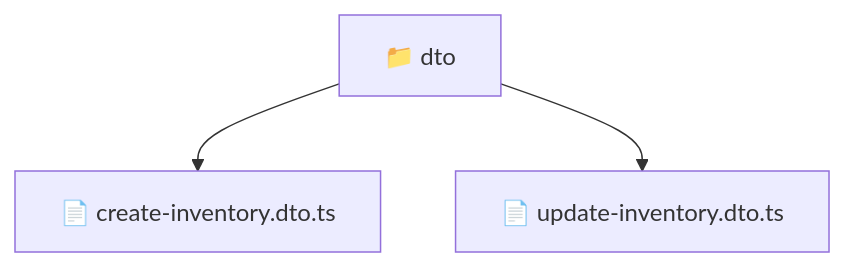
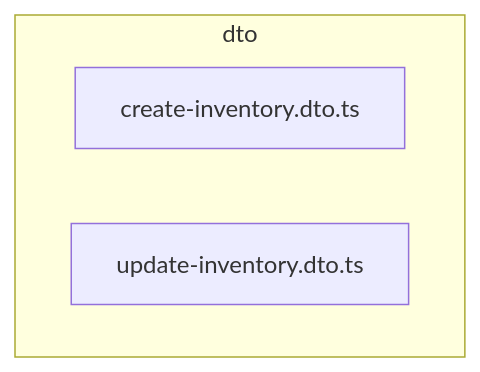
One commit to beginwebdev2002/fullstack-mavluda changed the diagram in backend/src/modules/inventory/presentation/dto/README.md. Above: the diagram before and after it, drawn with Mermaid. The commit also changed other lines of this file and 163 other files, not shown here.

````diff
--- a/backend/src/modules/inventory/presentation/dto/README.md
+++ b/backend/src/modules/inventory/presentation/dto/README.md
@@ -9,6 +15,7 @@
 ```mermaid
 graph TD
-  Root["📁 dto"]
-  Root --> create_inventory_dto_ts["📄 create-inventory.dto.ts"]
-  Root --> update_inventory_dto_ts["📄 update-inventory.dto.ts"]
+  subgraph dto
+    create_inventory_dto_ts["create-inventory.dto.ts"]
+    update_inventory_dto_ts["update-inventory.dto.ts"]
+  end
 ```
````
